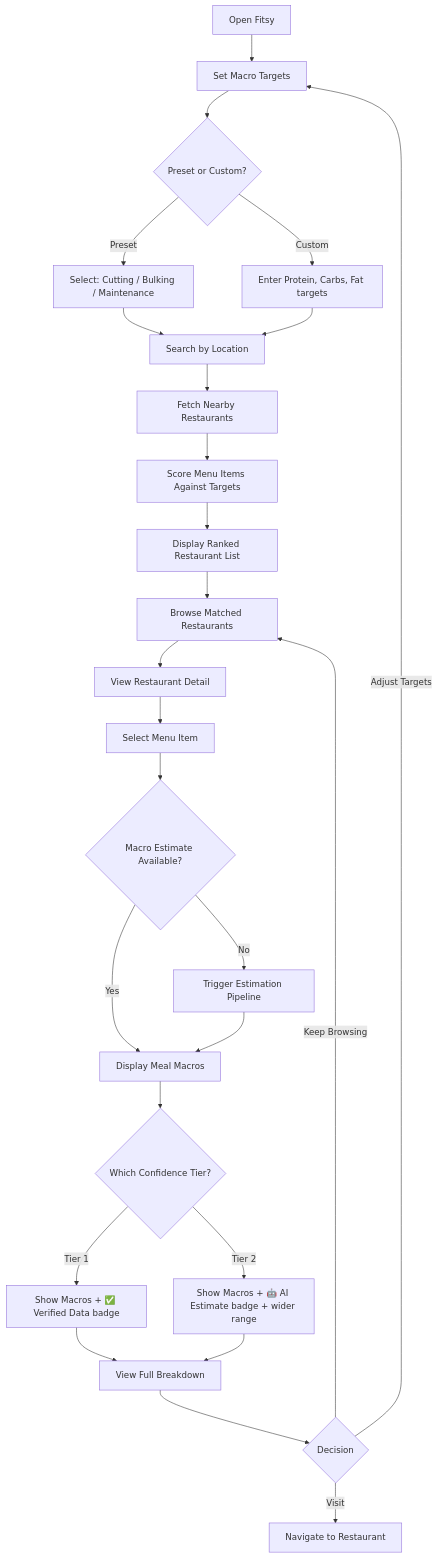
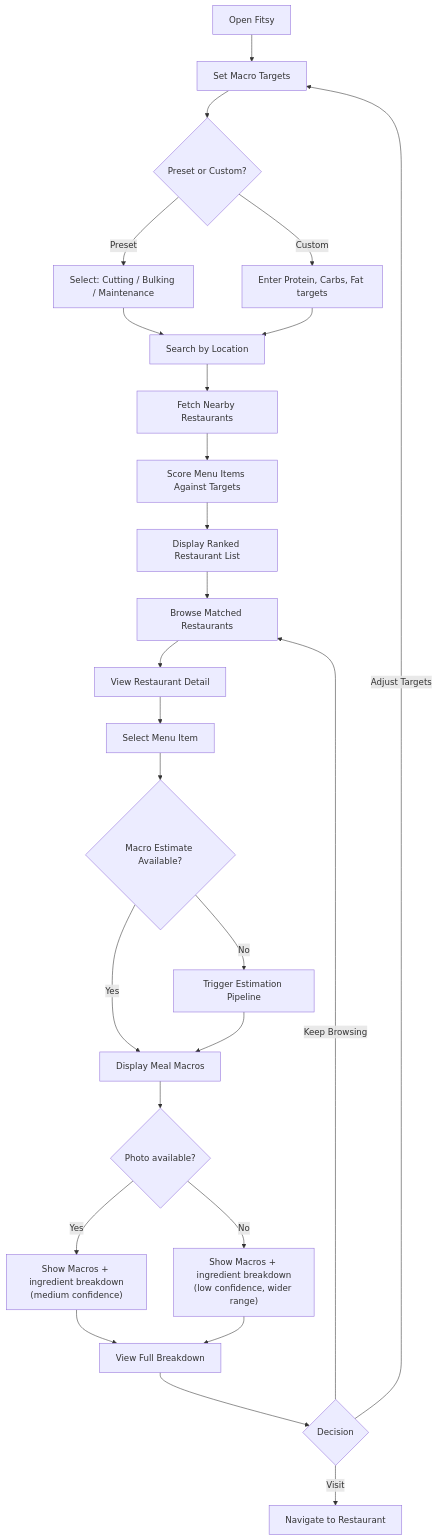
One commit to dgmolla/fitsy changed the first of 2 diagrams in docs/product/specs/vision-prd.md. Above: the diagram before and after it, drawn with Mermaid. The commit also changed other lines of this file and 3 other files, not shown here.

````diff
--- a/docs/product/specs/vision-prd.md
+++ b/docs/product/specs/vision-prd.md
@@ -96,34 +96,34 @@
 ```mermaid
 flowchart TD
     A[Open Fitsy] --> B[Set Macro Targets]
     B --> B1{Preset or Custom?}
     B1 -->|Preset| B2[Select: Cutting / Bulking / Maintenance]
     B1 -->|Custom| B3[Enter Protein, Carbs, Fat targets]
     B2 --> C[Search by Location]
     B3 --> C
 
     C --> D[Fetch Nearby Restaurants]
     D --> E[Score Menu Items Against Targets]
     E --> F[Display Ranked Restaurant List]
 
     F --> G[Browse Matched Restaurants]
     G --> H[View Restaurant Detail]
     H --> I[Select Menu Item]
 
     I --> J{Macro Estimate Available?}
     J -->|Yes| K[Display Meal Macros]
     J -->|No| L[Trigger Estimation Pipeline]
     L --> K
 
-    K --> M{Which Confidence Tier?}
-    M -->|Tier 1| N["Show Macros + ✅ Verified Data badge"]
-    M -->|Tier 2| O["Show Macros + 🤖 AI Estimate badge + wider range"]
+    K --> M{"Photo available?"}
+    M -->|Yes| N["Show Macros + ingredient breakdown<br/>(medium confidence)"]
+    M -->|No| O["Show Macros + ingredient breakdown<br/>(low confidence, wider range)"]
 
     N --> Q[View Full Breakdown]
     O --> Q
 
     Q --> R{Decision}
     R -->|Visit| S[Navigate to Restaurant]
     R -->|Keep Browsing| G
     R -->|Adjust Targets| B
 ```
````
